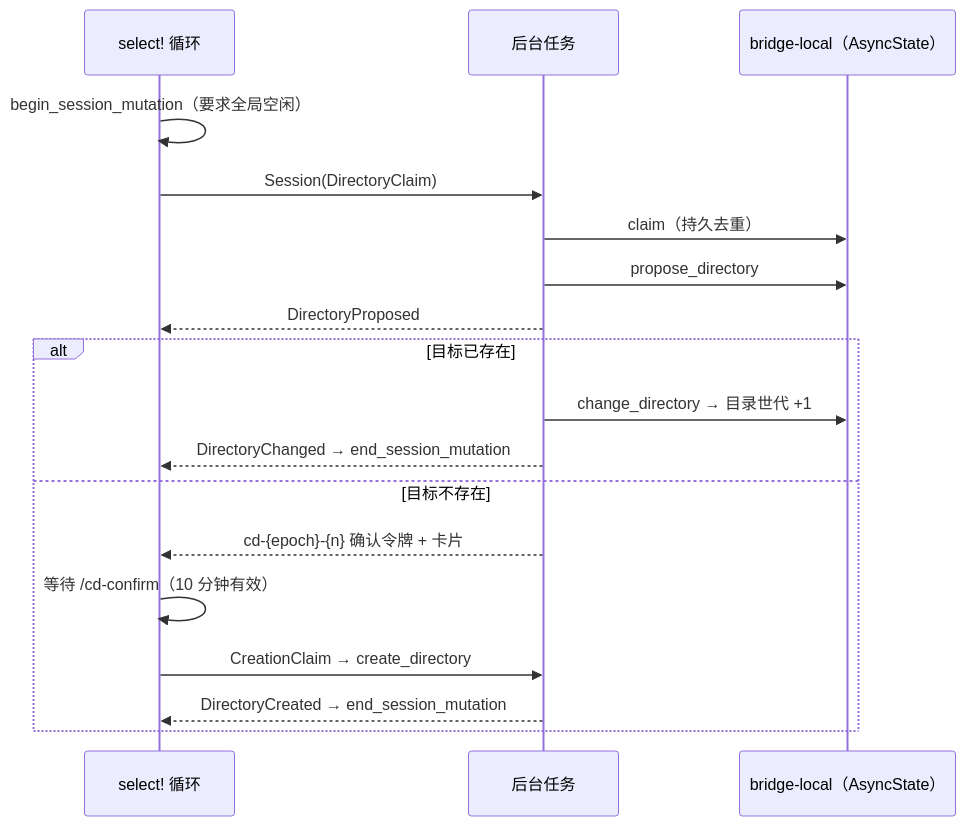
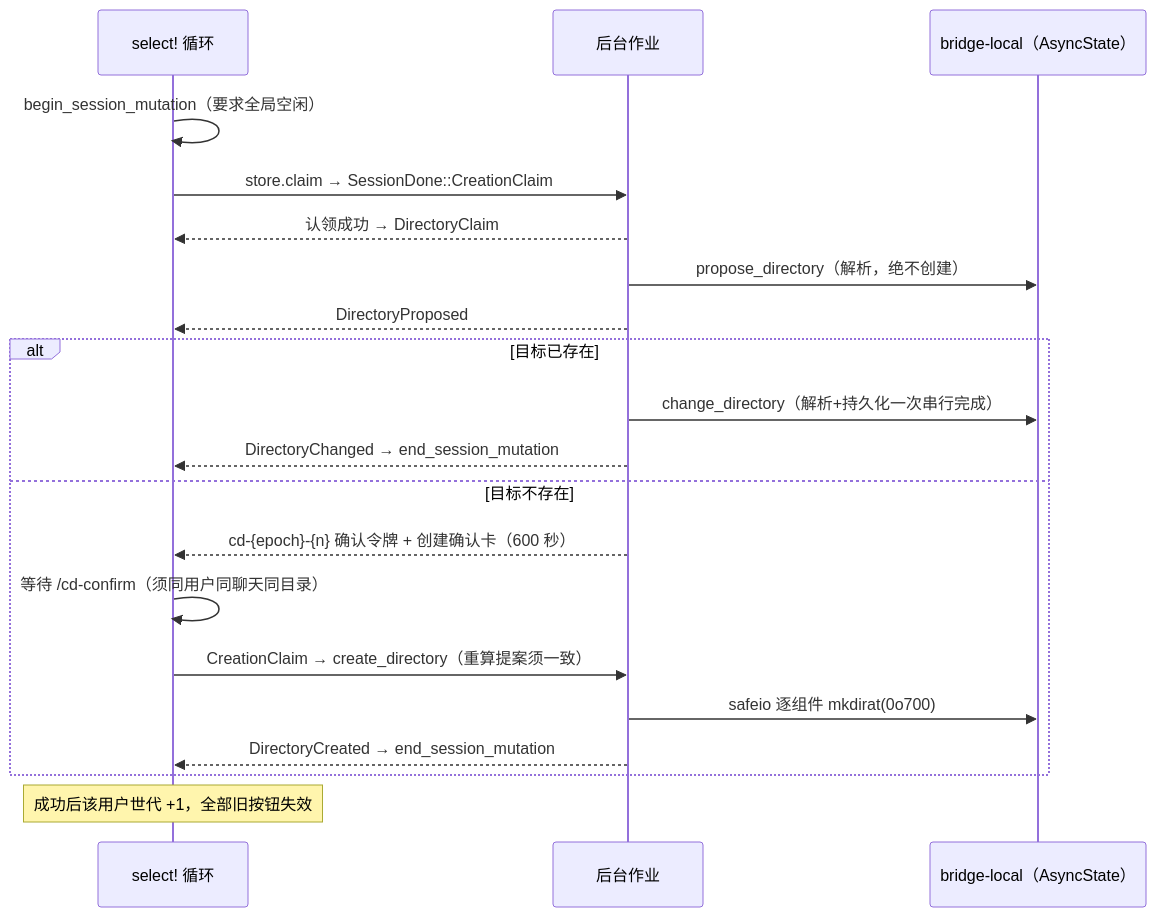
The fourth of 13 diagrams in docs/runtime-flows.md (helloangus/feishu-codex-bridge), drawn with Mermaid before and after one commit. The commit also changed other lines of this file and 16 other files, not shown here.

````diff
--- a/docs/runtime-flows.md
+++ b/docs/runtime-flows.md
@@ -39,21 +89,23 @@
 ```mermaid
 sequenceDiagram
     participant RT as select! 循环
-    participant JB as 后台任务
+    participant JB as 后台作业
     participant ST as bridge-local（AsyncState）
 
     RT->>RT: begin_session_mutation（要求全局空闲）
-    RT->>JB: Session(DirectoryClaim)
-    JB->>ST: claim（持久去重）
-    JB->>ST: propose_directory
+    RT->>JB: store.claim → SessionDone::CreationClaim
+    JB-->>RT: 认领成功 → DirectoryClaim
+    JB->>ST: propose_directory（解析，绝不创建）
     JB-->>RT: DirectoryProposed
     alt 目标已存在
-        JB->>ST: change_directory → 目录世代 +1
+        JB->>ST: change_directory（解析+持久化一次串行完成）
         JB-->>RT: DirectoryChanged → end_session_mutation
     else 目标不存在
-        JB-->>RT: cd-{epoch}-{n} 确认令牌 + 卡片
-        RT->>RT: 等待 /cd-confirm（10 分钟有效）
-        RT->>JB: CreationClaim → create_directory
+        JB-->>RT: cd-{epoch}-{n} 确认令牌 + 创建确认卡（600 秒）
+        RT->>RT: 等待 /cd-confirm（须同用户同聊天同目录）
+        RT->>JB: CreationClaim → create_directory（重算提案须一致）
+        JB->>ST: safeio 逐组件 mkdirat(0o700)
         JB-->>RT: DirectoryCreated → end_session_mutation
     end
+    Note over RT: 成功后该用户世代 +1，全部旧按钮失效
 ```
````
